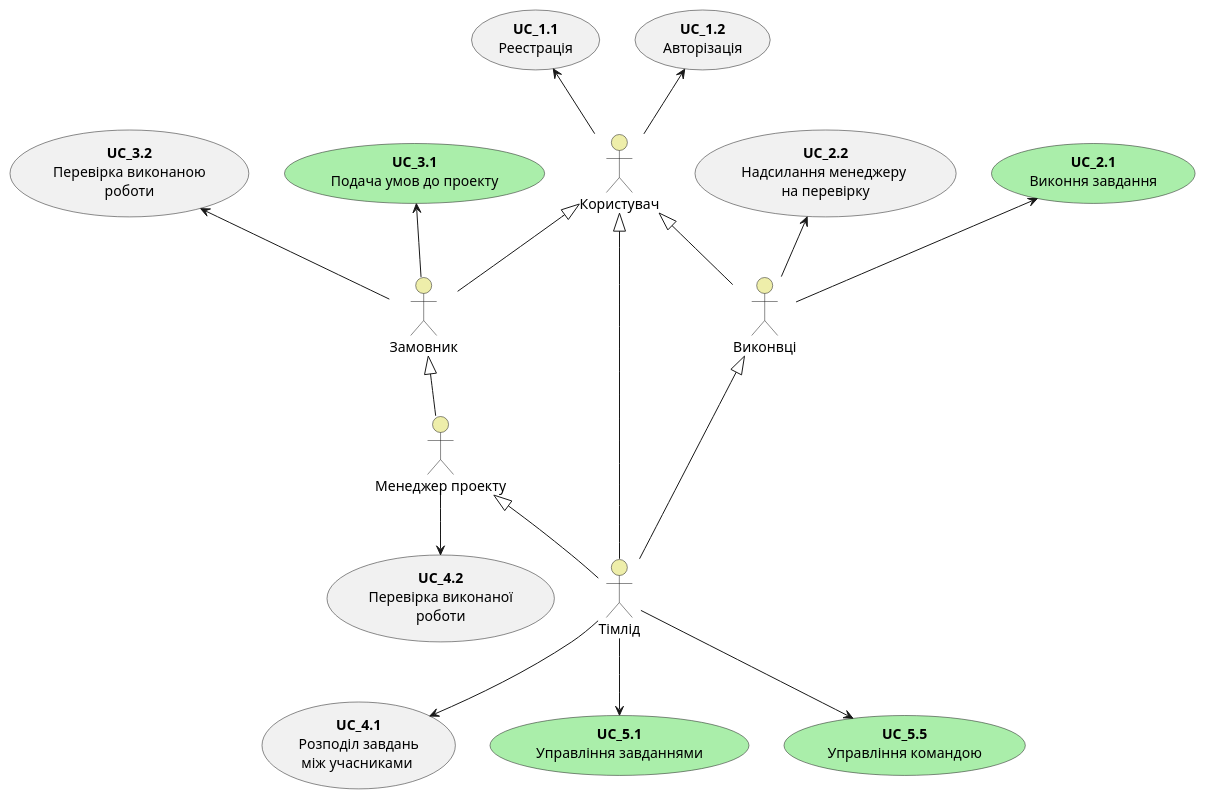
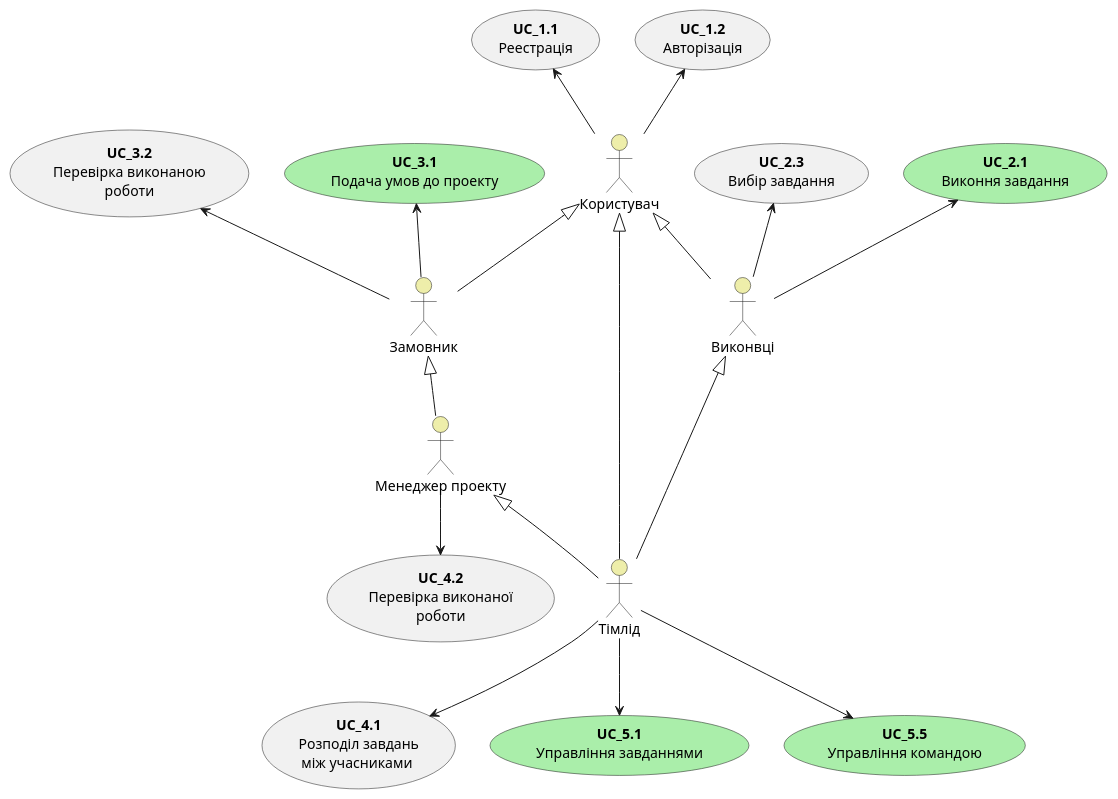
One commit to boldak/edu-db-cw changed the first of 15 diagrams in docs/use cases/README.md. Above: the diagram before and after it, drawn with PlantUML. The commit also changed other lines of this file, not shown here.

Commit message:
add new 4 scenario usecase

```diff
--- a/docs/use cases/README.md
+++ b/docs/use cases/README.md
@@ -12,47 +12,47 @@
 @startuml
 
     actor "Користувач" as User #eeeeaa
     actor "Виконвці" as Workers #eeeeaa
     actor "Замовник" as Сustomer #eeeeaa
     actor "Менеджер проекту" as Manager #eeeeaa
     actor "Тімлід" as Teamlead #eeeeaa
     
     usecase "<b>UC_1.2</b>\nАвторізація" as UC_1.1
     usecase "<b>UC_1.1</b>\nРеестрація" as UC_1.2  
 
-    usecase "<b>UC_2.1</b>\nВиконня завдання" as UC_2.1 #aaeeaa
-    usecase "<b>UC_2.2</b>\nНадсилання менеджеру \nна перевірку" as UC_2.2 
+    usecase "<b>UC_2.1</b>\nВиконня завдання" as UC_2.1 #aaeeaa 
+    usecase "<b>UC_2.3</b>\nВибір завдання" as UC_2.3 
 
     usecase "<b>UC_3.1</b>\nПодача умов до проекту" as UC_3.1 #aaeeaa
     usecase "<b>UC_3.2</b>\nПеревірка виконаною\nроботи" as UC_3.2 
 
     usecase "<b>UC_4.1</b>\nРозподіл завдань\nміж учасниками " as UC_4.1  
     usecase "<b>UC_4.2</b>\nПеревірка виконаної\nроботи" as UC_4.2
 
     usecase "<b>UC_5.1</b>\nУправління завданнями" as UC_5.1 #aaeeaa
     usecase "<b>UC_5.5</b>\nУправління командою" as UC_5.2 #aaeeaa
 
     
     User -u-> UC_1.1
     User -u-> UC_1.2
     
     Workers -u-> UC_2.1
-    Workers -u-> UC_2.2
+    Workers -u-> UC_2.3
 
     Сustomer -u-> UC_3.1
     Сustomer -u-> UC_3.2
 
     Manager -d-> UC_4.2
    
     Teamlead -d-> UC_4.1
     Teamlead -d-> UC_5.1
     Teamlead -d-> UC_5.2
     
     Workers -u-|> User
     Сustomer -u-|> User
     Manager -u-|> Сustomer
     Teamlead -u-|> User
     Teamlead -u-|> Workers
     Teamlead -u-|> Manager
 
 @enduml
```
